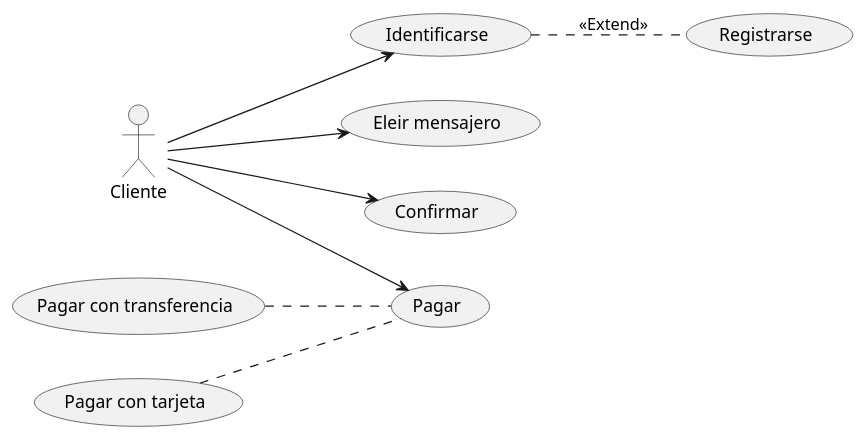
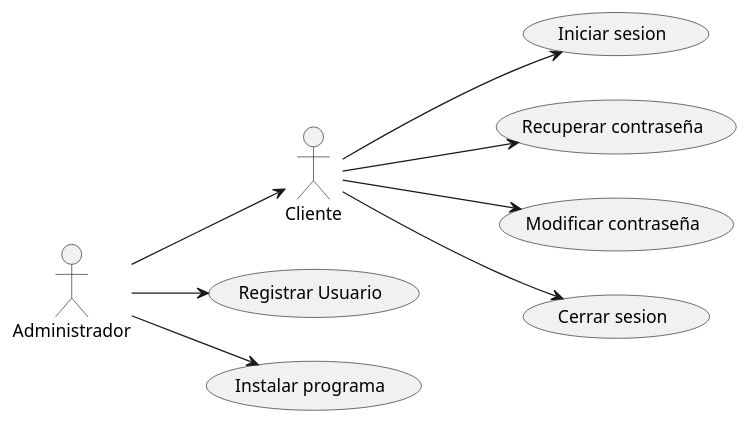
One commit to DanielMiralles12/ClasesDeUso changed the diagram in src/ClasesDeUso.puml. Above: the diagram before and after it, drawn with PlantUML. The commit also changed 1 other file, not shown here.

```diff
--- a/src/ClasesDeUso.puml
+++ b/src/ClasesDeUso.puml
@@ -1,14 +1,14 @@
 @startuml
 left to right direction
 :Cliente:
+:Administrador:
 
-Cliente --> (Identificarse)
-Cliente --> (Pagar)
-Cliente --> (Eleir mensajero)
-Cliente --> (Confirmar)
+Cliente --> (Iniciar sesion)
+Cliente --> (Recuperar contraseña)
+Cliente --> (Modificar contraseña)
+Cliente --> (Cerrar sesion)
 
-(Identificarse) .. (Registrarse) : <<Extend>>
-
-(Pagar con transferencia) .. (Pagar)
-(Pagar con tarjeta) .. (Pagar)
+Administrador --> Cliente
+Administrador --> (Registrar Usuario)
+Administrador --> (Instalar programa)
 @enduml
```
